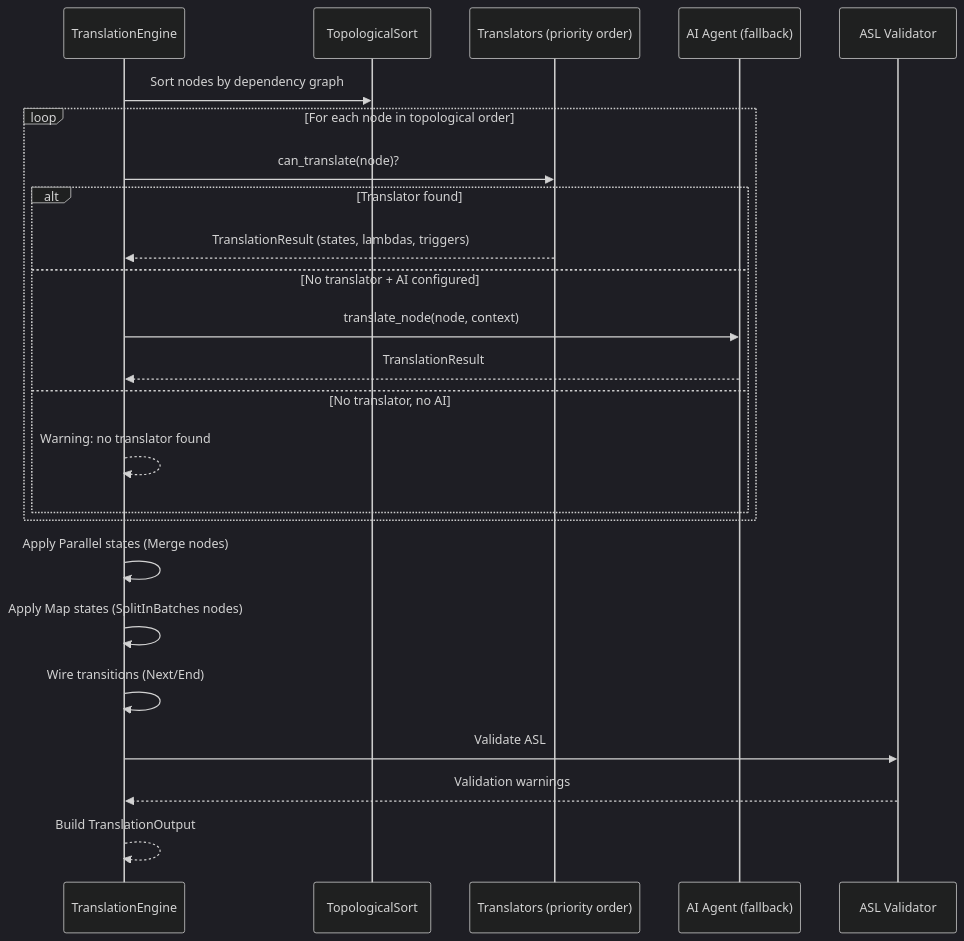
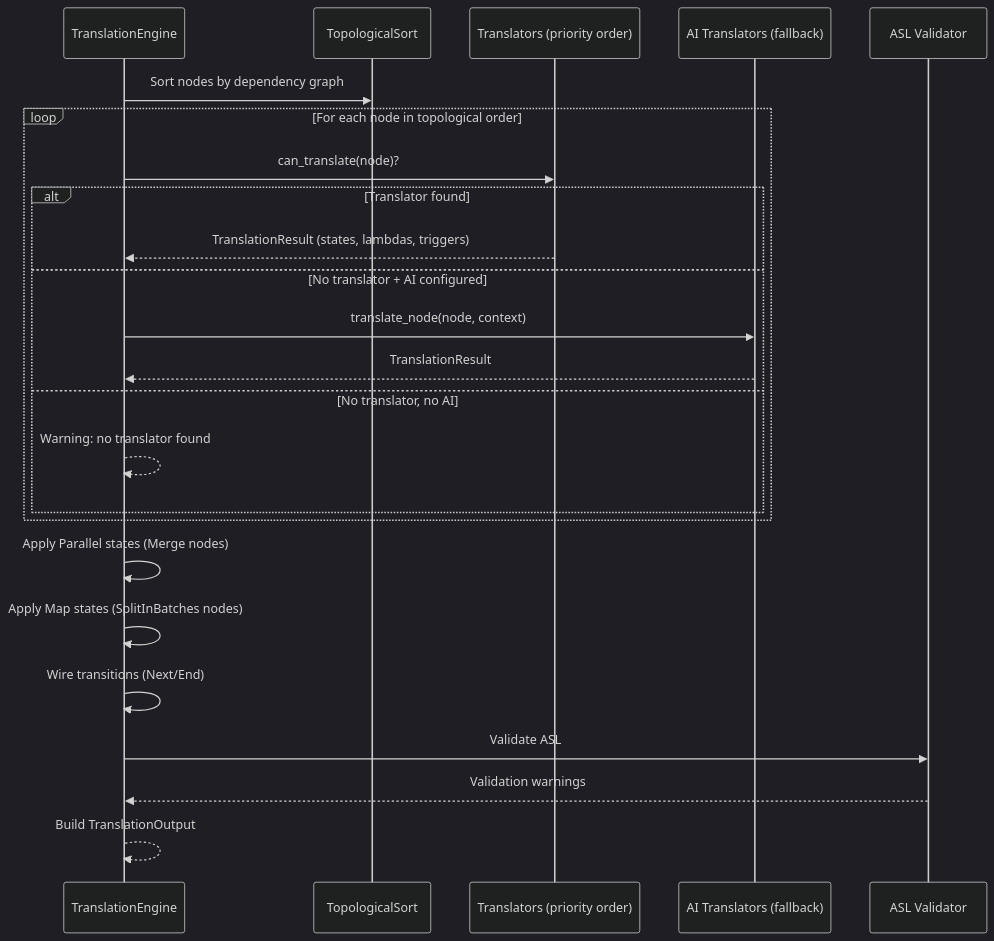
One commit to skwashd/phaeton changed the fourth of 5 diagrams in docs/workflow-guide.md. Above: the diagram before and after it, drawn with Mermaid (dark theme). The commit also changed 8 other files, not shown here.

First line of the commit message:
Update architecture and AI agent documentation for split translator components

````diff
--- a/docs/workflow-guide.md
+++ b/docs/workflow-guide.md
@@ -139,27 +139,27 @@
 ```mermaid
 sequenceDiagram
     participant E as TranslationEngine
     participant TS as TopologicalSort
     participant T as Translators (priority order)
-    participant AI as AI Agent (fallback)
+    participant AI as AI Translators (fallback)
     participant V as ASL Validator
 
     E->>TS: Sort nodes by dependency graph
     loop For each node in topological order
         E->>T: can_translate(node)?
         alt Translator found
             T-->>E: TranslationResult (states, lambdas, triggers)
         else No translator + AI configured
             E->>AI: translate_node(node, context)
             AI-->>E: TranslationResult
         else No translator, no AI
             E-->>E: Warning: no translator found
         end
     end
     E->>E: Apply Parallel states (Merge nodes)
     E->>E: Apply Map states (SplitInBatches nodes)
     E->>E: Wire transitions (Next/End)
     E->>V: Validate ASL
     V-->>E: Validation warnings
     E-->>E: Build TranslationOutput
 ```
````
